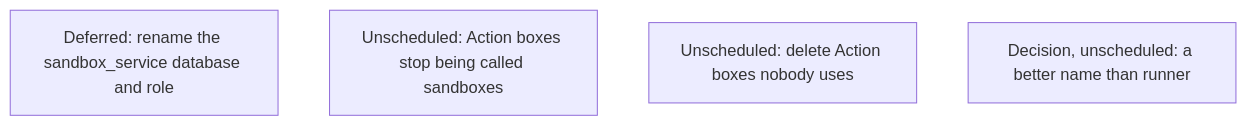
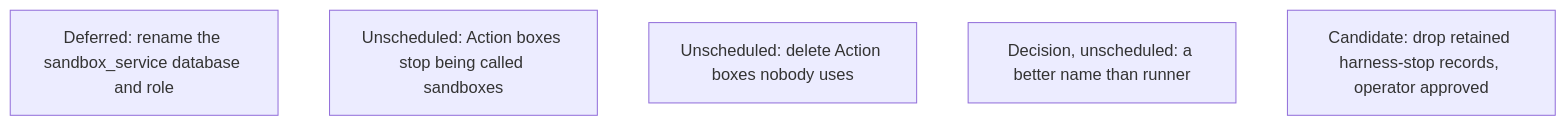
Before and after one commit to agentydragon-agent/ducktape: diagram 12 of 16 in agentplane/plans/task_dag.md, drawn with Mermaid. The commit also changed other lines of this file and 8 other files, not shown here.

````diff
--- a/agentplane/plans/task_dag.md
+++ b/agentplane/plans/task_dag.md
@@ -1572,7 +1573,8 @@
 ```mermaid
 flowchart TD
     HISTORY_DATABASE_RENAME[Deferred: rename the sandbox_service database and role]
     ACTION_BOX_RENAME[Unscheduled: Action boxes stop being called sandboxes]
     ACTION_BOX_IDLE_REAPER[Unscheduled: delete Action boxes nobody uses]
     RUNNER_RENAME[Decision, unscheduled: a better name than runner]
+    HARNESS_STOP_HISTORY_CLEANUP[Candidate: drop retained harness-stop records, operator approved]
 ```
````
